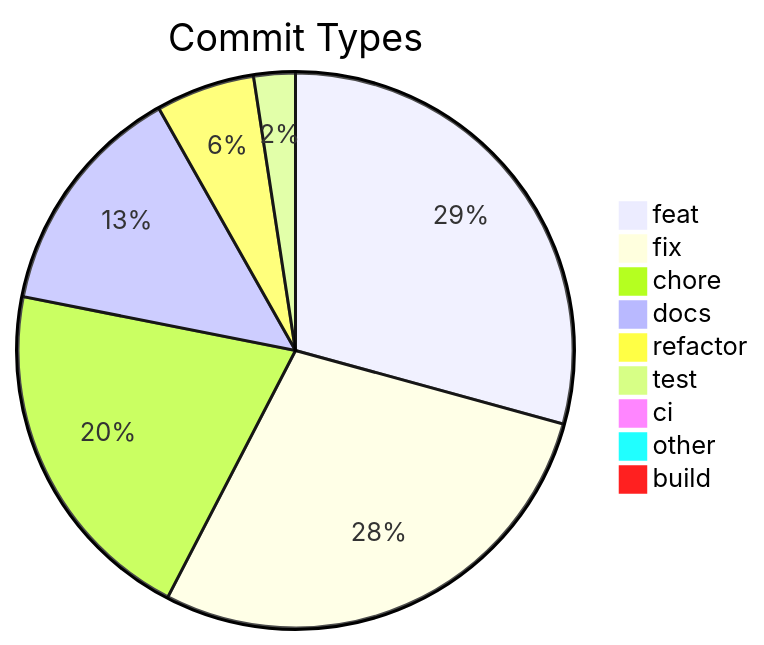
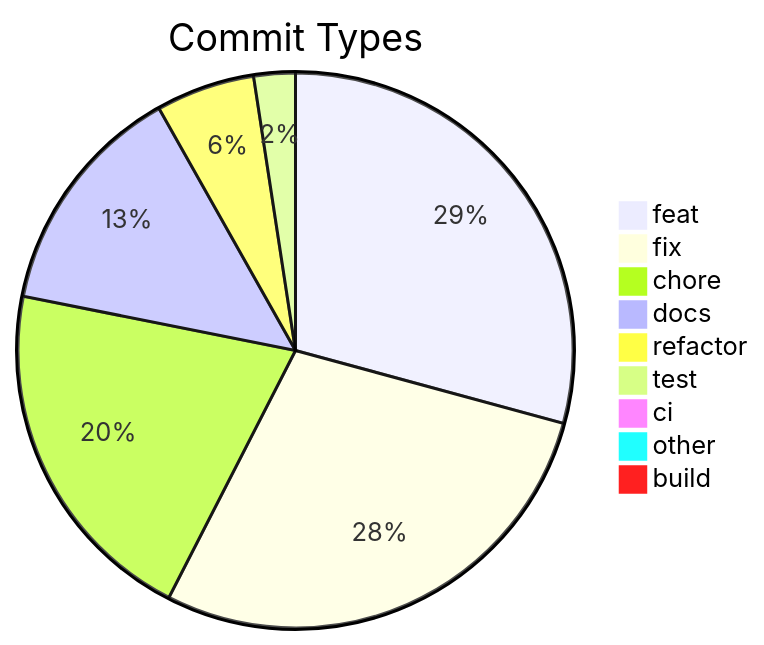
Before and after one commit to svenroth-ai/shipwright: the diagram in .shipwright/compliance/change-history.md, drawn with Mermaid. The commit also changed other lines of this file and 14 other files, not shown here.

````diff
--- a/.shipwright/compliance/change-history.md
+++ b/.shipwright/compliance/change-history.md
@@ -8,12 +8,12 @@
 ```mermaid
 pie title Commit Types
     "feat" : 254
     "fix" : 246
-    "chore" : 178
+    "chore" : 179
     "docs" : 119
     "refactor" : 50
     "test" : 21
     "ci" : 7
     "other" : 7
     "build" : 1
 ```
````
